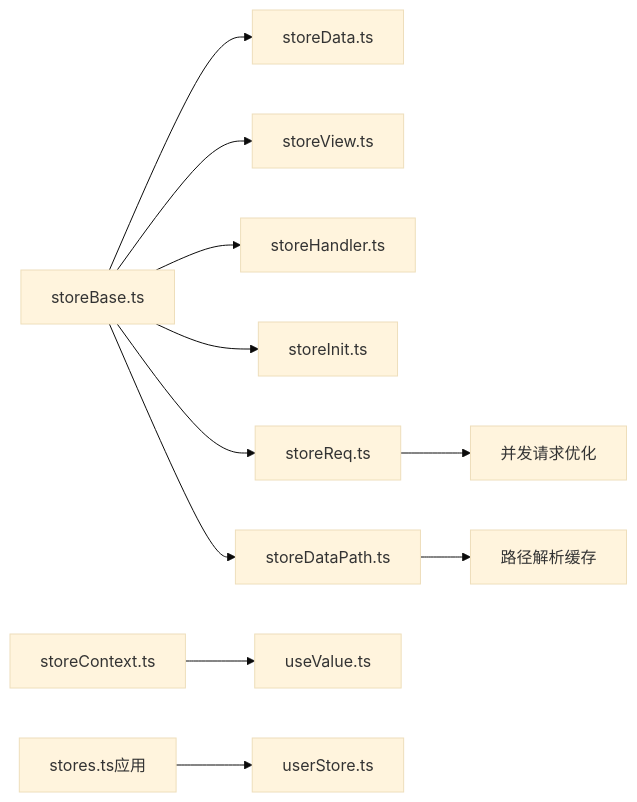
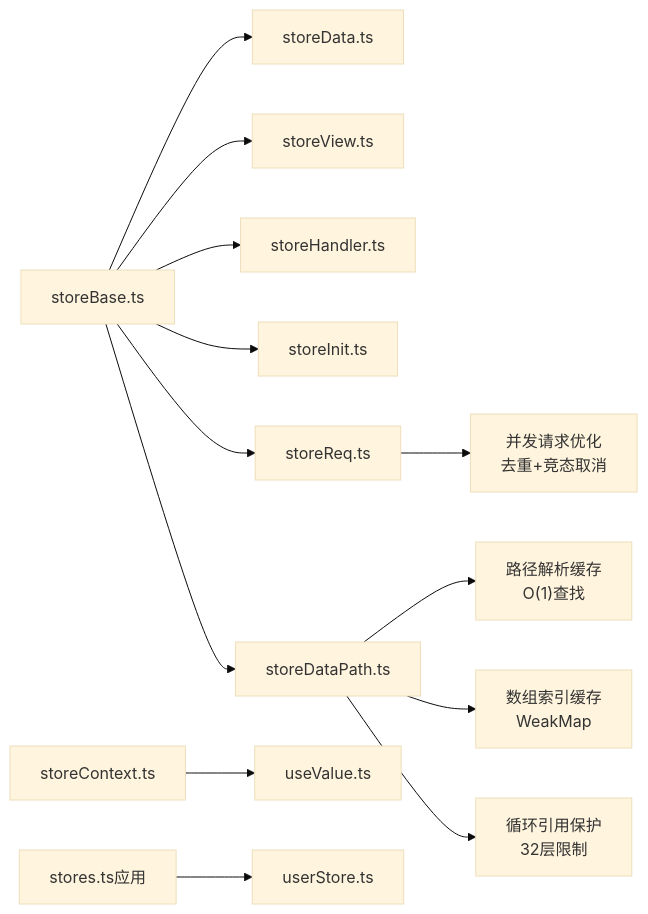
Before and after one commit to liqiongke/FrontArk: the sixth of 10 diagrams in .qoder/repowiki/zh/content/框架核心/状态管理.md, drawn with Mermaid (base theme). The commit also changed other lines of this file and 17 other files, not shown here.

````diff
--- a/.qoder/repowiki/zh/content/框架核心/状态管理.md
+++ b/.qoder/repowiki/zh/content/框架核心/状态管理.md
@@ -302,13 +307,15 @@
 ```mermaid
 graph LR
 SB["storeBase.ts"] --> SD["storeData.ts"]
 SB --> SV["storeView.ts"]
 SB --> SH["storeHandler.ts"]
 SB --> SI["storeInit.ts"]
 SB --> SR["storeReq.ts"]
 SB --> SDP["storeDataPath.ts"]
 CTX["storeContext.ts"] --> Hook["useValue.ts"]
 App["stores.ts应用"] --> US["userStore.ts"]
-SDP --> PC["路径解析缓存"]
-SR --> CO["并发请求优化"]
+SDP --> PC["路径解析缓存<br/>O(1)查找"]
+SDP --> IC["数组索引缓存<br/>WeakMap"]
+SDP --> CP["循环引用保护<br/>32层限制"]
+SR --> CO["并发请求优化<br/>去重+竞态取消"]
 ```
````
